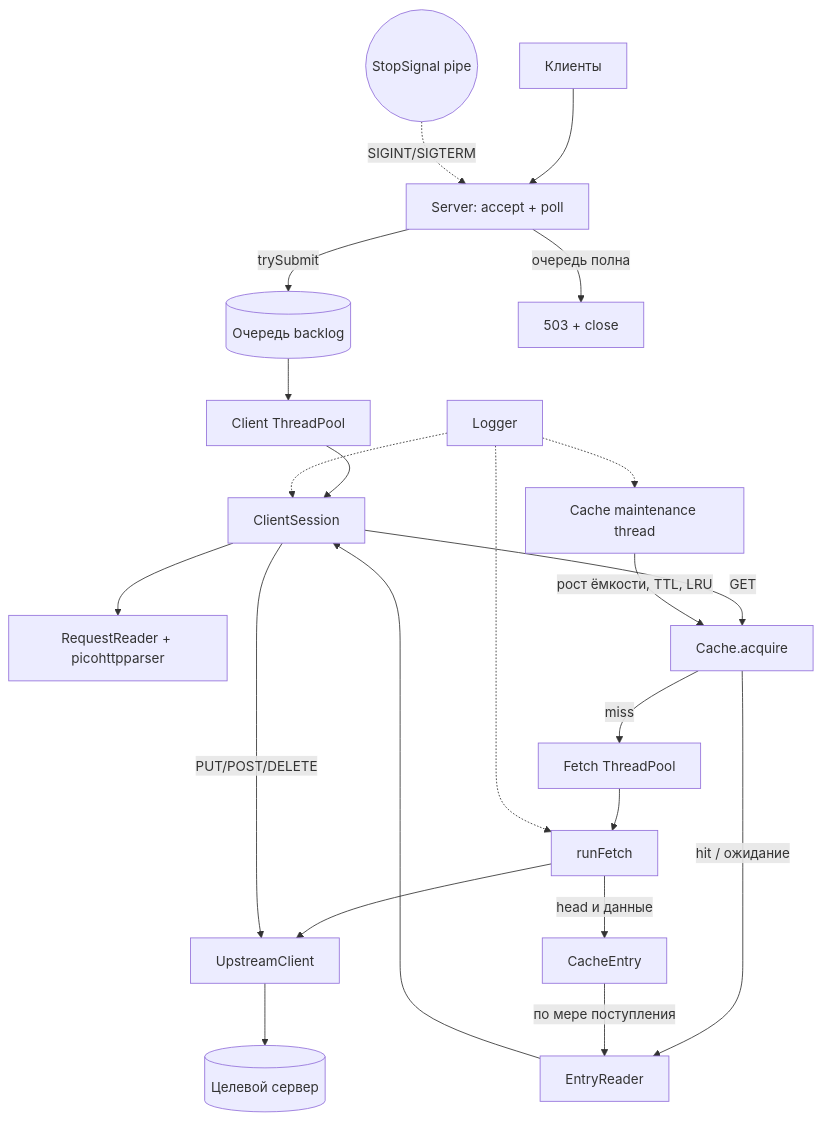
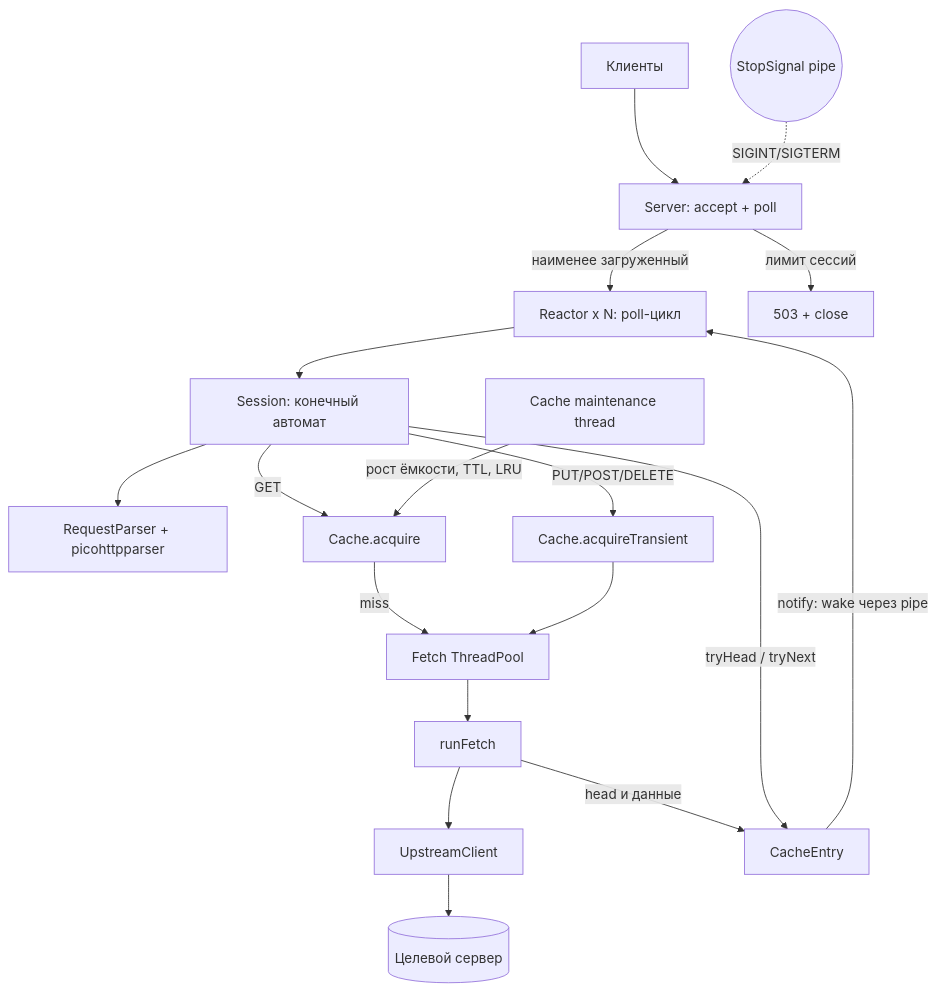
One commit to ivymerfe/os-proxy changed the diagram in architecture.md. Above: the diagram before and after it, drawn with Mermaid. The commit also changed other lines of this file and 10 other files, not shown here.

````diff
--- a/architecture.md
+++ b/architecture.md
@@ -3,24 +3,18 @@
 ```mermaid
 flowchart TB
     C[Клиенты] --> A[Server: accept + poll]
     S((StopSignal pipe)) -. SIGINT/SIGTERM .-> A
-    A -->|trySubmit| Q[(Очередь backlog)]
-    A -->|очередь полна| R503[503 + close]
-    Q --> CP[Client ThreadPool]
-    CP --> CS[ClientSession]
-    CS --> RR[RequestReader + picohttpparser]
-    CS -->|GET| CA[Cache.acquire]
-    CA -->|hit / ожидание| ER[EntryReader]
+    A -->|наименее загруженный| R[Reactor x N: poll-цикл]
+    A -->|лимит сессий| R503[503 + close]
+    R --> SS[Session: конечный автомат]
+    SS --> P[RequestParser + picohttpparser]
+    SS -->|GET| CA[Cache.acquire]
+    SS -->|PUT/POST/DELETE| TR[Cache.acquireTransient]
     CA -->|miss| FP[Fetch ThreadPool]
-    FP --> RF[runFetch]
-    RF --> U[UpstreamClient]
-    U --> O[(Целевой сервер)]
+    TR --> FP
+    FP --> RF[runFetch] --> U[UpstreamClient] --> O[(Целевой сервер)]
     RF -->|head и данные| CE[CacheEntry]
-    CE -->|по мере поступления| ER
-    ER --> CS
-    CS -->|PUT/POST/DELETE| U
+    CE -->|notify: wake через pipe| R
+    SS -->|tryHead / tryNext| CE
     M[Cache maintenance thread] -->|рост ёмкости, TTL, LRU| CA
-    L[Logger] -.-> CS
-    L -.-> RF
-    L -.-> M
 ```
````
